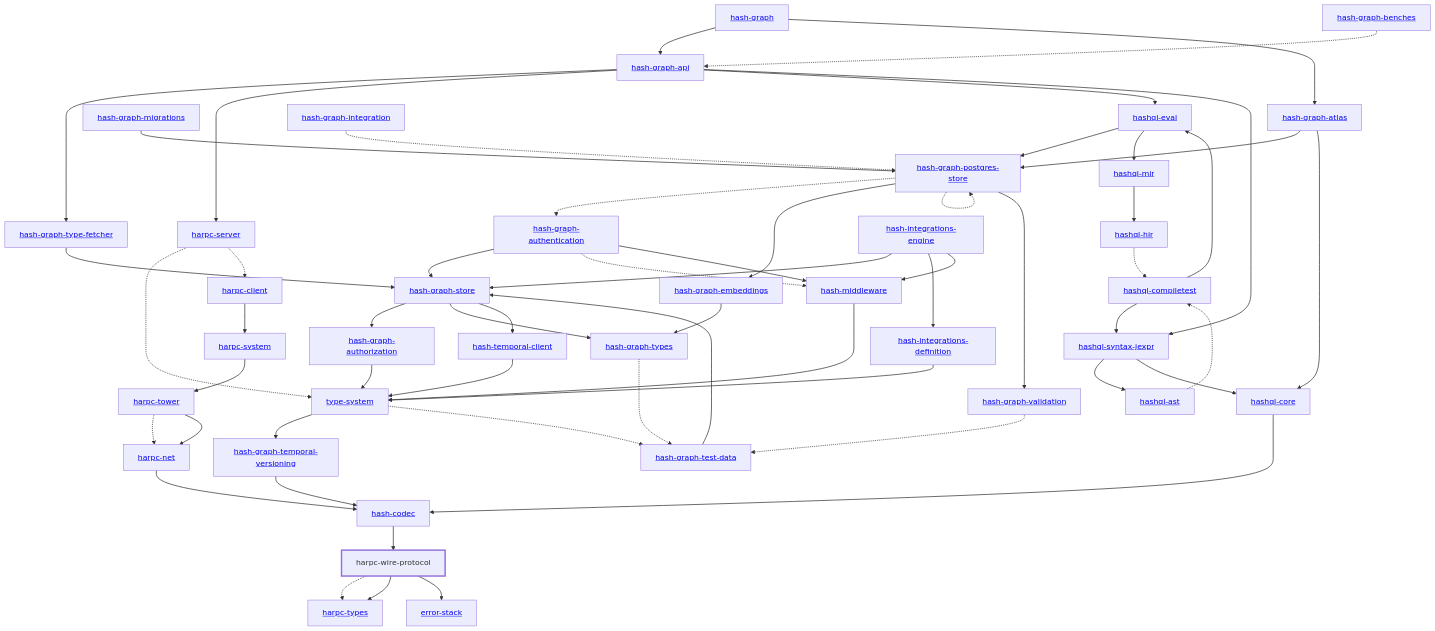
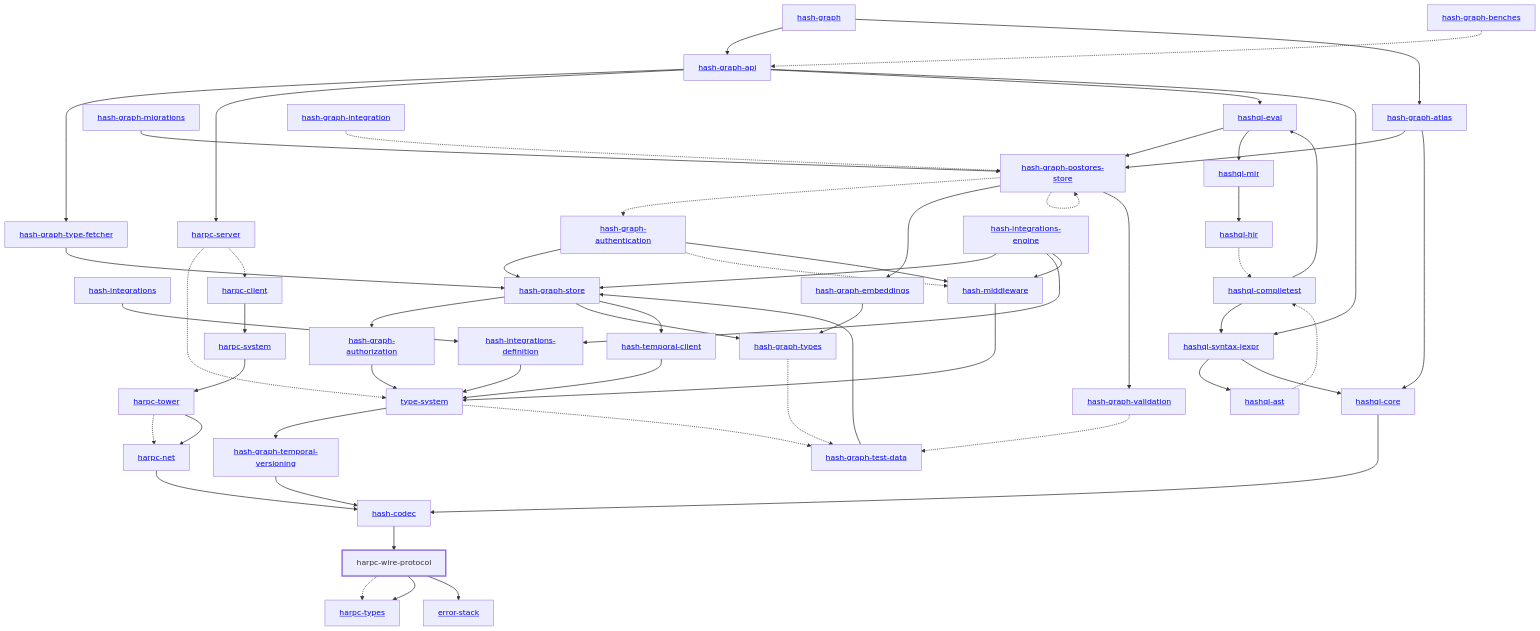
One commit to hashintel/hash changed the diagram in libs/@local/harpc/wire-protocol/docs/dependency-diagram.mmd. Above: the diagram before and after it, drawn with Mermaid. The commit also changed 17 other files, not shown here.

```diff
--- a/libs/@local/harpc/wire-protocol/docs/dependency-diagram.mmd
+++ b/libs/@local/harpc/wire-protocol/docs/dependency-diagram.mmd
@@ -1,105 +1,107 @@
 graph TD
     linkStyle default stroke-width:1.5px
     classDef default stroke-width:1px
     classDef root stroke-width:3px
     classDef dev stroke-width:1px
     classDef build stroke-width:1px
     %% Legend
     %% --> : Normal dependency
     %% -.-> : Dev dependency
     %% ---> : Build dependency
     0[<a href="../hash_graph/index.html">hash-graph</a>]
-    1[<a href="../type_system/index.html">type-system</a>]
-    2[<a href="../hash_codec/index.html">hash-codec</a>]
-    3[<a href="../hash_graph_api/index.html">hash-graph-api</a>]
-    4[<a href="../hash_graph_atlas/index.html">hash-graph-atlas</a>]
-    5[<a href="../hash_graph_authentication/index.html">hash-graph-authentication</a>]
-    6[<a href="../hash_graph_authorization/index.html">hash-graph-authorization</a>]
-    7[<a href="../hash_graph_embeddings/index.html">hash-graph-embeddings</a>]
-    8[<a href="../hash_graph_migrations/index.html">hash-graph-migrations</a>]
-    9[<a href="../hash_graph_postgres_store/index.html">hash-graph-postgres-store</a>]
-    10[<a href="../hash_graph_store/index.html">hash-graph-store</a>]
-    11[<a href="../hash_graph_temporal_versioning/index.html">hash-graph-temporal-versioning</a>]
-    12[<a href="../hash_graph_type_fetcher/index.html">hash-graph-type-fetcher</a>]
-    13[<a href="../hash_graph_types/index.html">hash-graph-types</a>]
-    14[<a href="../hash_graph_validation/index.html">hash-graph-validation</a>]
-    15[<a href="../harpc_client/index.html">harpc-client</a>]
-    16[<a href="../harpc_net/index.html">harpc-net</a>]
-    17[<a href="../harpc_server/index.html">harpc-server</a>]
-    18[<a href="../harpc_system/index.html">harpc-system</a>]
-    19[<a href="../harpc_tower/index.html">harpc-tower</a>]
-    20[<a href="../harpc_types/index.html">harpc-types</a>]
-    21[harpc-wire-protocol]
-    class 21 root
-    22[<a href="../hashql_ast/index.html">hashql-ast</a>]
-    23[<a href="../hashql_compiletest/index.html">hashql-compiletest</a>]
-    24[<a href="../hashql_core/index.html">hashql-core</a>]
-    25[<a href="../hashql_eval/index.html">hashql-eval</a>]
-    26[<a href="../hashql_hir/index.html">hashql-hir</a>]
-    27[<a href="../hashql_mir/index.html">hashql-mir</a>]
-    28[<a href="../hashql_syntax_jexpr/index.html">hashql-syntax-jexpr</a>]
-    29[<a href="../hash_integrations_definition/index.html">hash-integrations-definition</a>]
-    30[<a href="../hash_integrations_engine/index.html">hash-integrations-engine</a>]
-    31[<a href="../hash_middleware/index.html">hash-middleware</a>]
-    32[<a href="../hash_temporal_client/index.html">hash-temporal-client</a>]
-    33[<a href="../error_stack/index.html">error-stack</a>]
-    34[<a href="../hash_graph_benches/index.html">hash-graph-benches</a>]
-    35[<a href="../hash_graph_integration/index.html">hash-graph-integration</a>]
-    36[<a href="../hash_graph_test_data/index.html">hash-graph-test-data</a>]
-    0 --> 3
+    1[<a href="../hash_integrations/index.html">hash-integrations</a>]
+    2[<a href="../type_system/index.html">type-system</a>]
+    3[<a href="../hash_codec/index.html">hash-codec</a>]
+    4[<a href="../hash_graph_api/index.html">hash-graph-api</a>]
+    5[<a href="../hash_graph_atlas/index.html">hash-graph-atlas</a>]
+    6[<a href="../hash_graph_authentication/index.html">hash-graph-authentication</a>]
+    7[<a href="../hash_graph_authorization/index.html">hash-graph-authorization</a>]
+    8[<a href="../hash_graph_embeddings/index.html">hash-graph-embeddings</a>]
+    9[<a href="../hash_graph_migrations/index.html">hash-graph-migrations</a>]
+    10[<a href="../hash_graph_postgres_store/index.html">hash-graph-postgres-store</a>]
+    11[<a href="../hash_graph_store/index.html">hash-graph-store</a>]
+    12[<a href="../hash_graph_temporal_versioning/index.html">hash-graph-temporal-versioning</a>]
+    13[<a href="../hash_graph_type_fetcher/index.html">hash-graph-type-fetcher</a>]
+    14[<a href="../hash_graph_types/index.html">hash-graph-types</a>]
+    15[<a href="../hash_graph_validation/index.html">hash-graph-validation</a>]
+    16[<a href="../harpc_client/index.html">harpc-client</a>]
+    17[<a href="../harpc_net/index.html">harpc-net</a>]
+    18[<a href="../harpc_server/index.html">harpc-server</a>]
+    19[<a href="../harpc_system/index.html">harpc-system</a>]
+    20[<a href="../harpc_tower/index.html">harpc-tower</a>]
+    21[<a href="../harpc_types/index.html">harpc-types</a>]
+    22[harpc-wire-protocol]
+    class 22 root
+    23[<a href="../hashql_ast/index.html">hashql-ast</a>]
+    24[<a href="../hashql_compiletest/index.html">hashql-compiletest</a>]
+    25[<a href="../hashql_core/index.html">hashql-core</a>]
+    26[<a href="../hashql_eval/index.html">hashql-eval</a>]
+    27[<a href="../hashql_hir/index.html">hashql-hir</a>]
+    28[<a href="../hashql_mir/index.html">hashql-mir</a>]
+    29[<a href="../hashql_syntax_jexpr/index.html">hashql-syntax-jexpr</a>]
+    30[<a href="../hash_integrations_definition/index.html">hash-integrations-definition</a>]
+    31[<a href="../hash_integrations_engine/index.html">hash-integrations-engine</a>]
+    32[<a href="../hash_middleware/index.html">hash-middleware</a>]
+    33[<a href="../hash_temporal_client/index.html">hash-temporal-client</a>]
+    34[<a href="../error_stack/index.html">error-stack</a>]
+    35[<a href="../hash_graph_benches/index.html">hash-graph-benches</a>]
+    36[<a href="../hash_graph_integration/index.html">hash-graph-integration</a>]
+    37[<a href="../hash_graph_test_data/index.html">hash-graph-test-data</a>]
     0 --> 4
-    1 --> 11
-    1 -.-> 36
-    2 --> 21
-    3 --> 12
-    3 --> 17
-    3 --> 25
-    3 --> 28
-    4 --> 9
-    4 --> 24
+    0 --> 5
+    1 --> 30
+    2 --> 12
+    2 -.-> 37
+    3 --> 22
+    4 --> 13
+    4 --> 18
+    4 --> 26
+    4 --> 29
     5 --> 10
-    5 -.-> 31
-    5 --> 31
-    6 --> 1
-    7 --> 13
-    8 --> 9
-    9 -.-> 5
-    9 --> 7
-    9 -.-> 9
-    9 --> 14
-    10 --> 6
-    10 --> 13
-    10 --> 32
-    11 --> 2
-    12 --> 10
-    13 -.-> 36
-    14 -.-> 36
-    15 --> 18
-    16 --> 2
-    17 -.-> 1
-    17 -.-> 15
-    18 --> 19
-    19 -.-> 16
-    19 --> 16
-    21 -.-> 20
-    21 --> 20
-    21 --> 33
-    22 -.-> 23
-    23 --> 25
-    23 --> 28
-    24 --> 2
-    25 --> 9
-    25 --> 27
-    26 -.-> 23
-    27 --> 26
-    28 --> 22
-    28 --> 24
-    29 --> 1
-    30 --> 10
-    30 --> 29
-    30 --> 31
-    31 --> 1
-    32 --> 1
-    34 -.-> 3
-    35 -.-> 9
-    36 --> 10
+    5 --> 25
+    6 --> 11
+    6 -.-> 32
+    6 --> 32
+    7 --> 2
+    8 --> 14
+    9 --> 10
+    10 -.-> 6
+    10 --> 8
+    10 -.-> 10
+    10 --> 15
+    11 --> 7
+    11 --> 14
+    11 --> 33
+    12 --> 3
+    13 --> 11
+    14 -.-> 37
+    15 -.-> 37
+    16 --> 19
+    17 --> 3
+    18 -.-> 2
+    18 -.-> 16
+    19 --> 20
+    20 -.-> 17
+    20 --> 17
+    22 -.-> 21
+    22 --> 21
+    22 --> 34
+    23 -.-> 24
+    24 --> 26
+    24 --> 29
+    25 --> 3
+    26 --> 10
+    26 --> 28
+    27 -.-> 24
+    28 --> 27
+    29 --> 23
+    29 --> 25
+    30 --> 2
+    31 --> 11
+    31 --> 30
+    31 --> 32
+    32 --> 2
+    33 --> 2
+    35 -.-> 4
+    36 -.-> 10
+    37 --> 11
```
